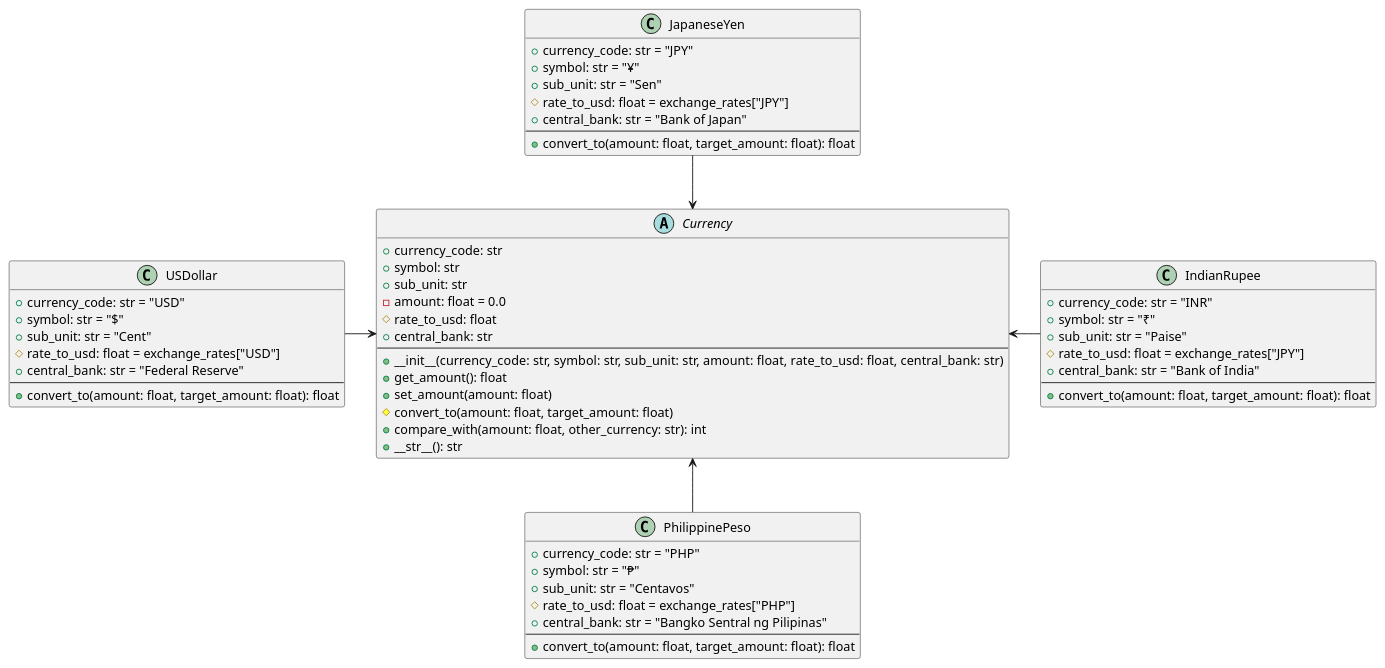
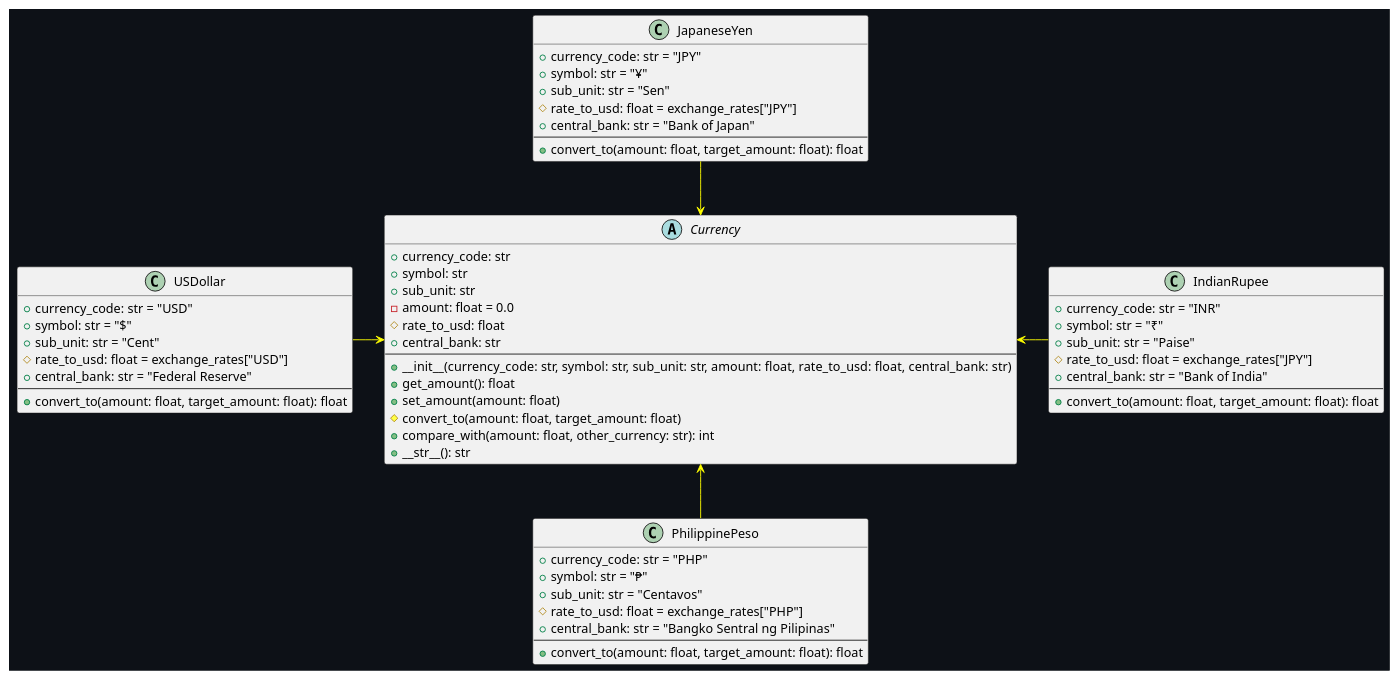
One commit to st-f4tima/CS121_LabAct3-4 changed the diagram in UML-diagram/currency.puml. Above: the diagram before and after it, drawn with PlantUML. The commit also changed 3 other files, not shown here.

```diff
--- a/UML-diagram/currency.puml
+++ b/UML-diagram/currency.puml
@@ -1,64 +1,67 @@
 @startuml currency_uml
+
+skinparam backgroundColor #0d1117
+skinparam ArrowColor yellow
 
 abstract class Currency {
     + currency_code: str
     + symbol: str
     + sub_unit: str
     - amount: float = 0.0
     # rate_to_usd: float
     + central_bank: str
     ---
     + __init__(currency_code: str, symbol: str, sub_unit: str, amount: float, rate_to_usd: float, central_bank: str)
     + get_amount(): float
     + set_amount(amount: float)
     # convert_to(amount: float, target_amount: float)
     + compare_with(amount: float, other_currency: str): int
     + __str__(): str
 }
 
 class PhilippinePeso {
     + currency_code: str = "PHP"
     + symbol: str = "₱"
     + sub_unit: str = "Centavos"
     # rate_to_usd: float = exchange_rates["PHP"]
     + central_bank: str = "Bangko Sentral ng Pilipinas"
     ---
     + convert_to(amount: float, target_amount: float): float
 }
 
 class JapaneseYen {
     + currency_code: str = "JPY"
     + symbol: str = "¥"
     + sub_unit: str = "Sen"
     # rate_to_usd: float = exchange_rates["JPY"]
     + central_bank: str = "Bank of Japan"
     ---
     + convert_to(amount: float, target_amount: float): float
 }
 
 class USDollar {
     + currency_code: str = "USD"
     + symbol: str = "$"
     + sub_unit: str = "Cent"
     # rate_to_usd: float = exchange_rates["USD"]
     + central_bank: str = "Federal Reserve"
     ---
     + convert_to(amount: float, target_amount: float): float
 }
 
 class IndianRupee {
     + currency_code: str = "INR"
     + symbol: str = "₹"
     + sub_unit: str = "Paise"
     # rate_to_usd: float = exchange_rates["JPY"]
     + central_bank: str = "Bank of India"
     ---
     + convert_to(amount: float, target_amount: float): float
 }
 
 Currency <-down- PhilippinePeso 
 Currency <-up- JapaneseYen
 Currency <-left- USDollar
 Currency <-right- IndianRupee
 
 @enduml
```
